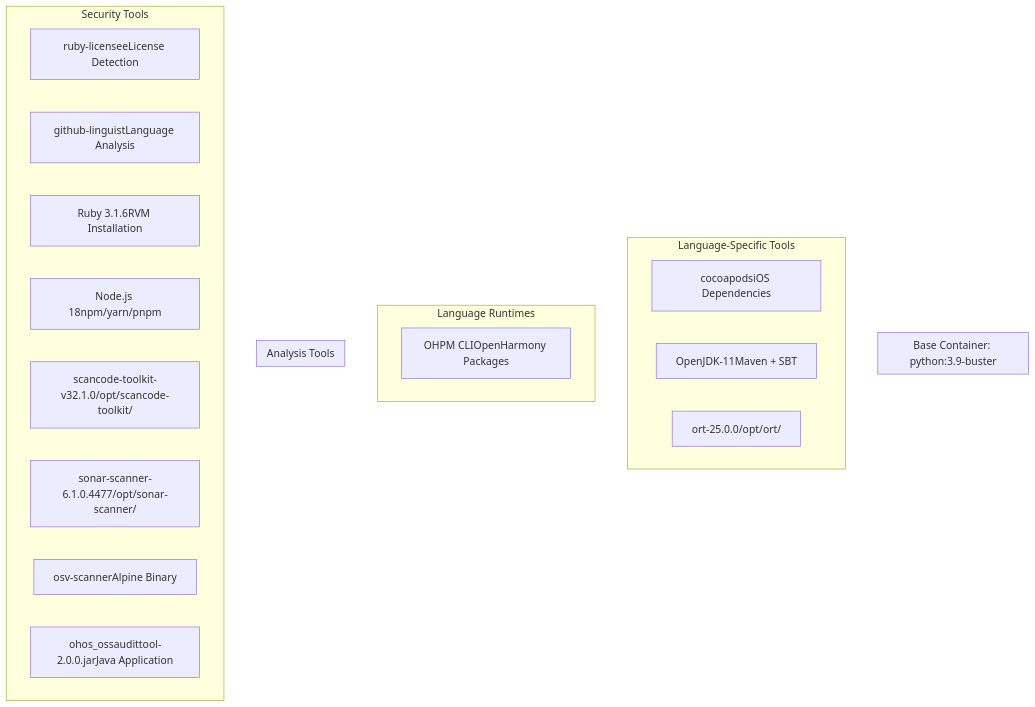
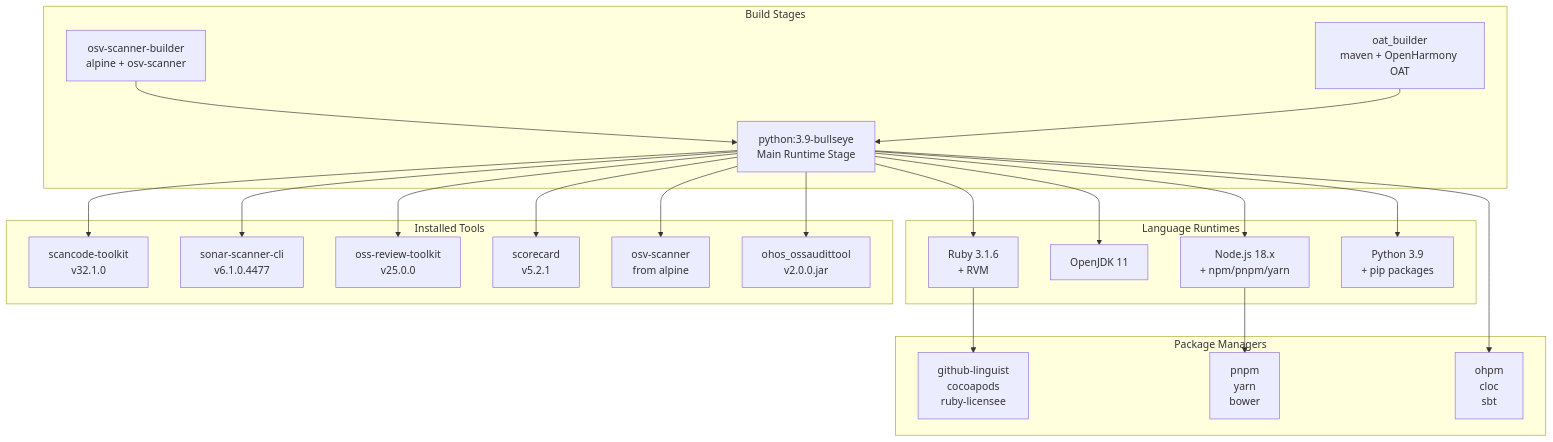
Before and after one commit to chenyx2012/openchecker: the first of 7 diagrams in docs/wiki/Analysis-Tools-and-Checkers.md, drawn with Mermaid. The commit also changed other lines of this file and 45 other files, not shown here.

````diff
--- a/docs/wiki/Analysis-Tools-and-Checkers.md
+++ b/docs/wiki/Analysis-Tools-and-Checkers.md
@@ -160,42 +26,64 @@
 ```mermaid
 flowchart TD
 
-Licensee["ruby-licenseeLicense Detection"]
-Linguist["github-linguistLanguage Analysis"]
-CocoaPods["cocoapodsiOS Dependencies"]
-RubyRVM["Ruby 3.1.6RVM Installation"]
-NodeJS["Node.js 18npm/yarn/pnpm"]
-JavaJDK["OpenJDK-11Maven + SBT"]
-OHPM["OHPM CLIOpenHarmony Packages"]
-ScanCodeTK["scancode-toolkit-v32.1.0/opt/scancode-toolkit/"]
-SonarCLI["sonar-scanner-6.1.0.4477/opt/sonar-scanner/"]
-ORTTool["ort-25.0.0/opt/ort/"]
-OSV["osv-scannerAlpine Binary"]
-OAT["ohos_ossaudittool-2.0.0.jarJava Application"]
-subgraph Base_Container_python39buster ["Base Container: python:3.9-buster"]
+OSVBuilder["osv-scanner-builder<br>alpine + osv-scanner"]
+OATBuilder["oat_builder<br>maven + OpenHarmony OAT"]
+MainStage["python:3.9-bullseye<br>Main Runtime Stage"]
+ScanCode["scancode-toolkit<br>v32.1.0"]
+SonarScanner["sonar-scanner-cli<br>v6.1.0.4477"]
+ORT["oss-review-toolkit<br>v25.0.0"]
+Scorecard["scorecard<br>v5.2.1"]
+OSVTool["osv-scanner<br>from alpine"]
+OATTool["ohos_ossaudittool<br>v2.0.0.jar"]
+Ruby["Ruby 3.1.6<br>+ RVM"]
+Java["OpenJDK 11"]
+NodeJS["Node.js 18.x<br>+ npm/pnpm/yarn"]
+Python["Python 3.9<br>+ pip packages"]
+GemTools["github-linguist<br>cocoapods<br>ruby-licensee"]
+NPMTools["pnpm<br>yarn<br>bower"]
+OtherTools["ohpm<br>cloc<br>sbt"]
+
+MainStage --> ScanCode
+MainStage --> SonarScanner
+MainStage --> ORT
+MainStage --> Scorecard
+MainStage --> OSVTool
+MainStage --> OATTool
+MainStage --> Ruby
+MainStage --> Java
+MainStage --> NodeJS
+MainStage --> Python
+Ruby --> GemTools
+NodeJS --> NPMTools
+MainStage --> OtherTools
+
+subgraph subGraph3 ["Package Managers"]
+    GemTools
+    NPMTools
+    OtherTools
 end
 
-subgraph LanguageSpecific_Tools ["Language-Specific Tools"]
-    CocoaPods
-    JavaJDK
-    ORTTool
+subgraph subGraph2 ["Language Runtimes"]
+    Ruby
+    Java
+    NodeJS
+    Python
 end
 
-subgraph Language_Runtimes ["Language Runtimes"]
-    OHPM
+subgraph subGraph1 ["Installed Tools"]
+    ScanCode
+    SonarScanner
+    ORT
+    Scorecard
+    OSVTool
+    OATTool
 end
 
-subgraph Analysis_Tools ["Analysis Tools"]
-end
-
-subgraph Security_Tools ["Security Tools"]
-    Licensee
-    Linguist
-    RubyRVM
-    NodeJS
-    ScanCodeTK
-    SonarCLI
-    OSV
-    OAT
+subgraph subGraph0 ["Build Stages"]
+    OSVBuilder
+    OATBuilder
+    MainStage
+    OSVBuilder --> MainStage
+    OATBuilder --> MainStage
 end
 ```
````
